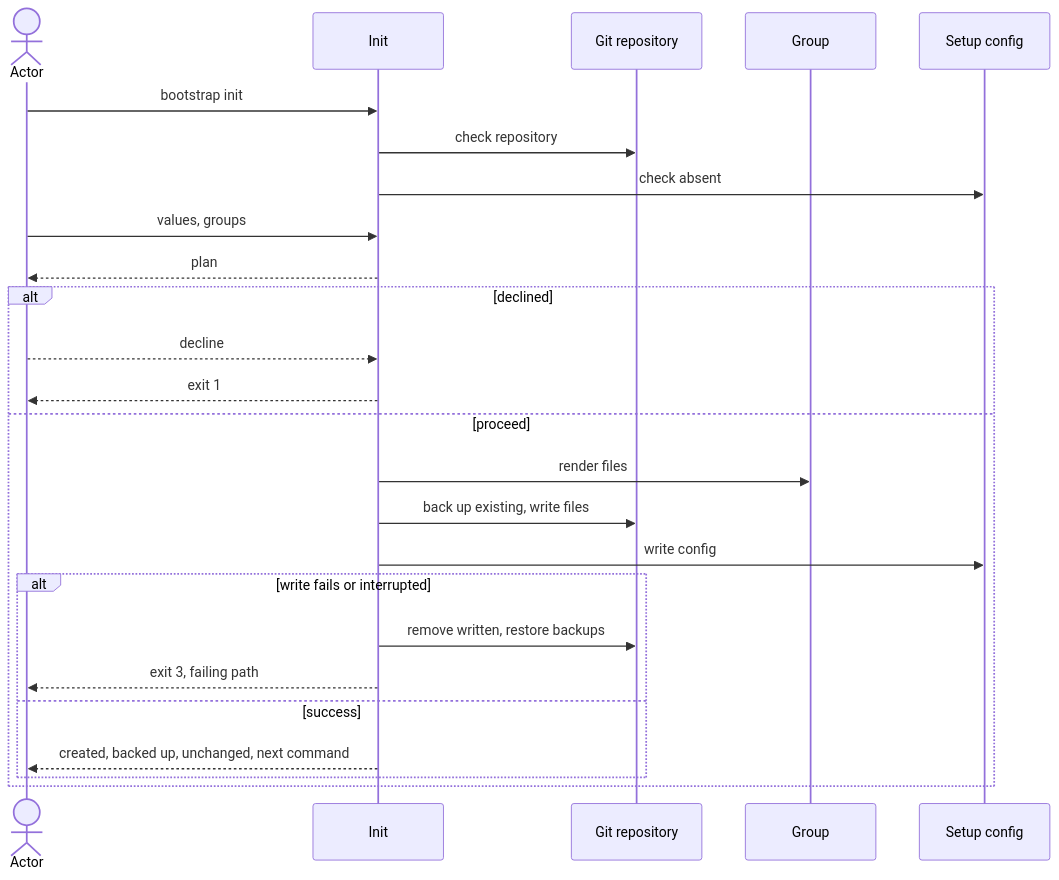
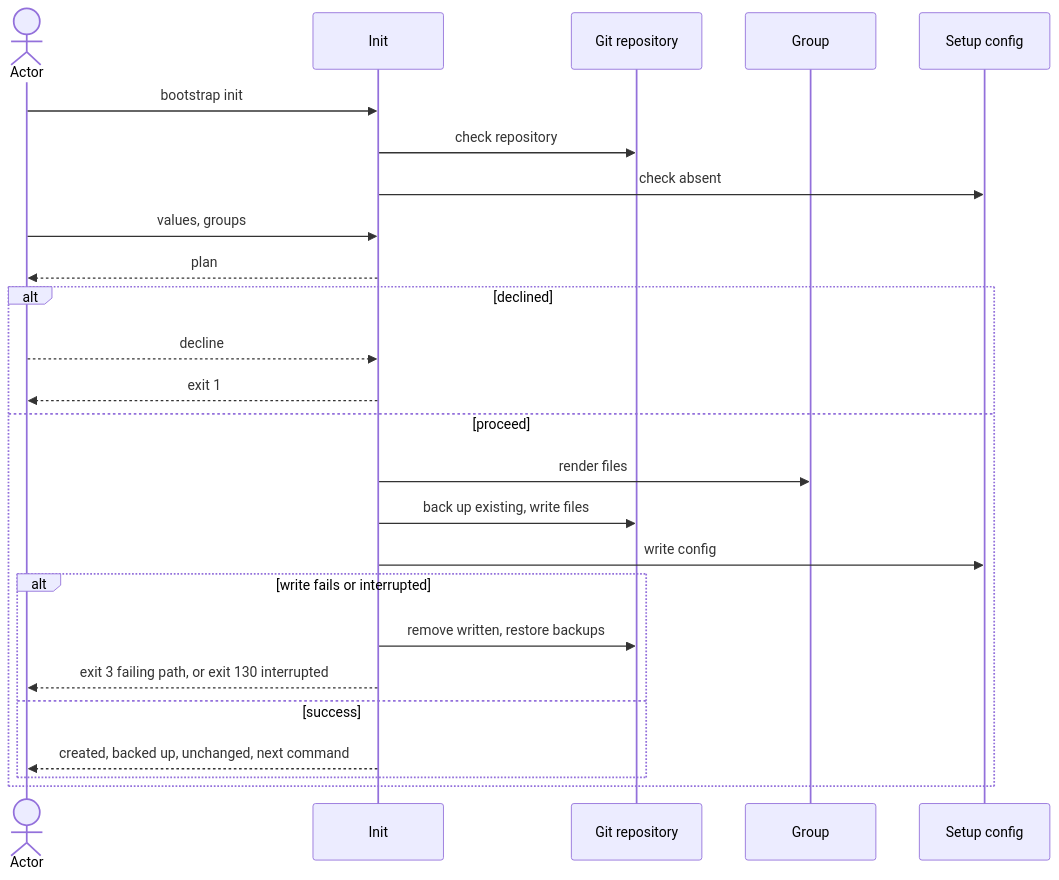
One commit to virajp/bootstrap changed the diagram in docs/blueprint/flows/cli/110-setup-repository/index.md. Above: the diagram before and after it, drawn with Mermaid. The commit also changed other lines of this file and 14 other files, not shown here.

Commit message:
docs: blueprint flow site/110-documentation, density pass, coherence fixes, coverage complete

````diff
--- a/docs/blueprint/flows/cli/110-setup-repository/index.md
+++ b/docs/blueprint/flows/cli/110-setup-repository/index.md
@@ -88,27 +95,27 @@
 ```mermaid
 sequenceDiagram
     actor O as Actor
     participant I as Init
     participant R as Git repository
     participant G as Group
     participant C as Setup config
     O->>I: bootstrap init
     I->>R: check repository
     I->>C: check absent
     O->>I: values, groups
     I-->>O: plan
     alt declined
         O-->>I: decline
         I-->>O: exit 1
     else proceed
         I->>G: render files
         I->>R: back up existing, write files
         I->>C: write config
         alt write fails or interrupted
             I->>R: remove written, restore backups
-            I-->>O: exit 3, failing path
+            I-->>O: exit 3 failing path, or exit 130 interrupted
         else success
             I-->>O: created, backed up, unchanged, next command
         end
     end
 ```
````
